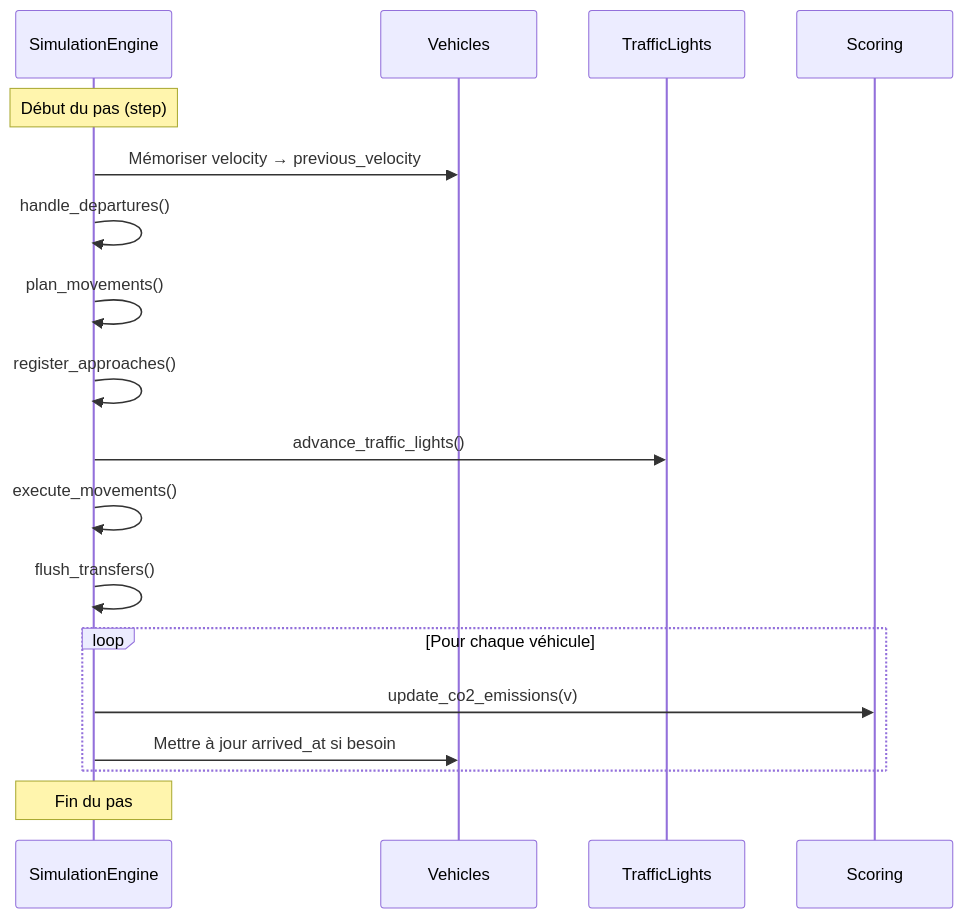
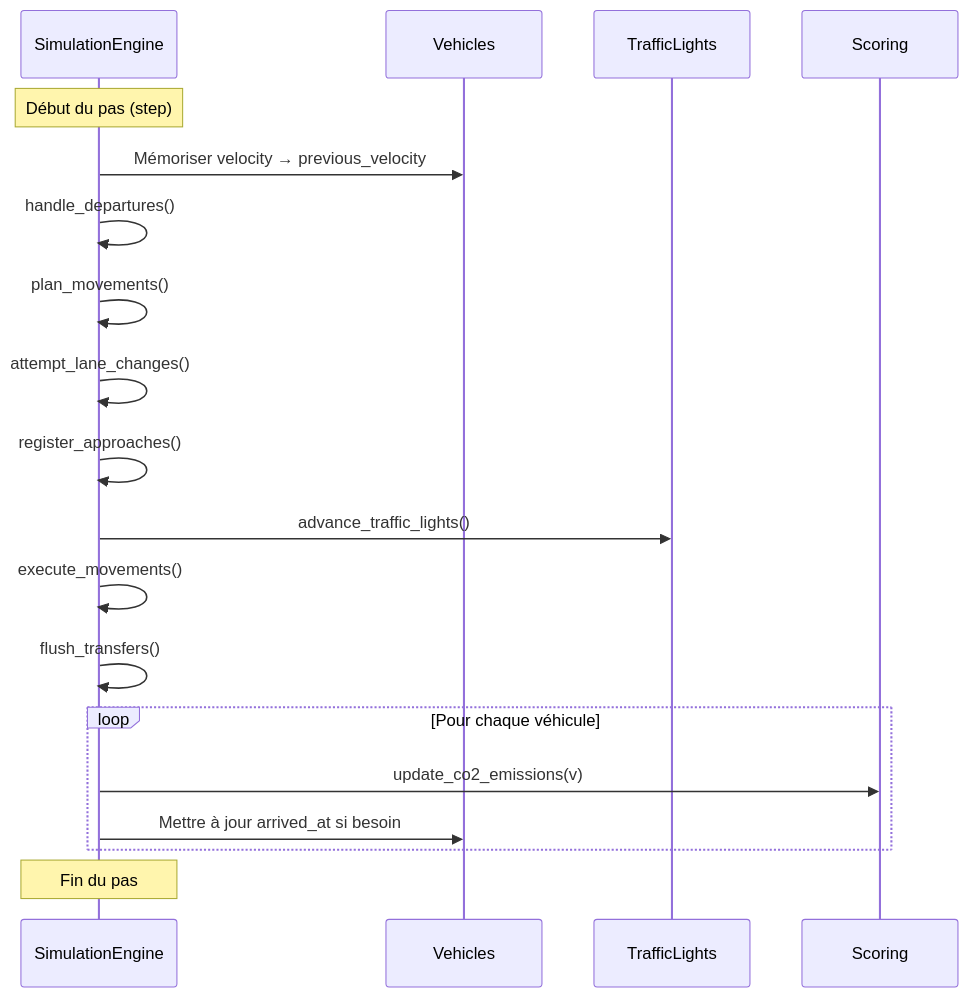
Before and after one commit to TagCopperLight/RoadIA: the diagram in server/doc/src/simulation/engine.md, drawn with Mermaid. The commit also changed other lines of this file and 3 other files, not shown here.

````diff
--- a/server/doc/src/simulation/engine.md
+++ b/server/doc/src/simulation/engine.md
@@ -81,21 +81,22 @@
 ```mermaid
 sequenceDiagram
     participant E as SimulationEngine
     participant V as Vehicles
     participant TL as TrafficLights
     participant S as Scoring
 
     Note over E: Début du pas (step)
     E->>V: Mémoriser velocity → previous_velocity
     E->>E: handle_departures()
     E->>E: plan_movements()
+    E->>E: attempt_lane_changes()
     E->>E: register_approaches()
     E->>TL: advance_traffic_lights()
     E->>E: execute_movements()
     E->>E: flush_transfers()
     loop Pour chaque véhicule
         E->>S: update_co2_emissions(v)
         E->>V: Mettre à jour arrived_at si besoin
     end
     Note over E: Fin du pas
 ```
````
